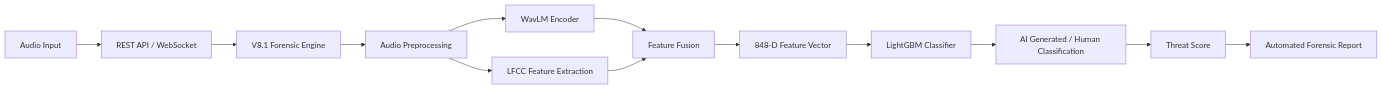
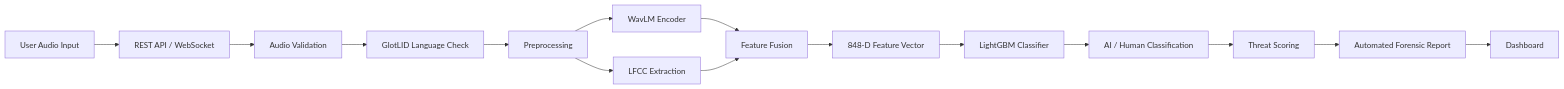
Before and after one commit to AYUSHMSINGH2004/Audio-Forensics---AI-For-Voice-Security: the first of 2 diagrams in README.md, drawn with Mermaid. The commit also changed other lines of this file, not shown here.

````diff
--- a/README.md
+++ b/README.md
@@ -67,23 +93,17 @@
 ```mermaid
 flowchart LR
-
-A[Audio Input] --> B[REST API / WebSocket]
-B --> C[V8.1 Forensic Engine]
-
-C --> D[Audio Preprocessing]
-
-D --> E[WavLM Encoder]
-D --> F[LFCC Feature Extraction]
-
-E --> G[Feature Fusion]
-F --> G
-
-G --> H[848-D Feature Vector]
-
-H --> I[LightGBM Classifier]
-
-I --> J[AI Generated / Human Classification]
-
-J --> K[Threat Score]
-K --> L[Automated Forensic Report]
+    A[User Audio Input] --> B[REST API / WebSocket]
+    B --> C[Audio Validation]
+    C --> D[GlotLID Language Check]
+    D --> E[Preprocessing]
+    E --> F[WavLM Encoder]
+    E --> G[LFCC Extraction]
+    F --> H[Feature Fusion]
+    G --> H
+    H --> I[848-D Feature Vector]
+    I --> J[LightGBM Classifier]
+    J --> K[AI / Human Classification]
+    K --> L[Threat Scoring]
+    L --> M[Automated Forensic Report]
+    M --> N[Dashboard]
 ```
````
